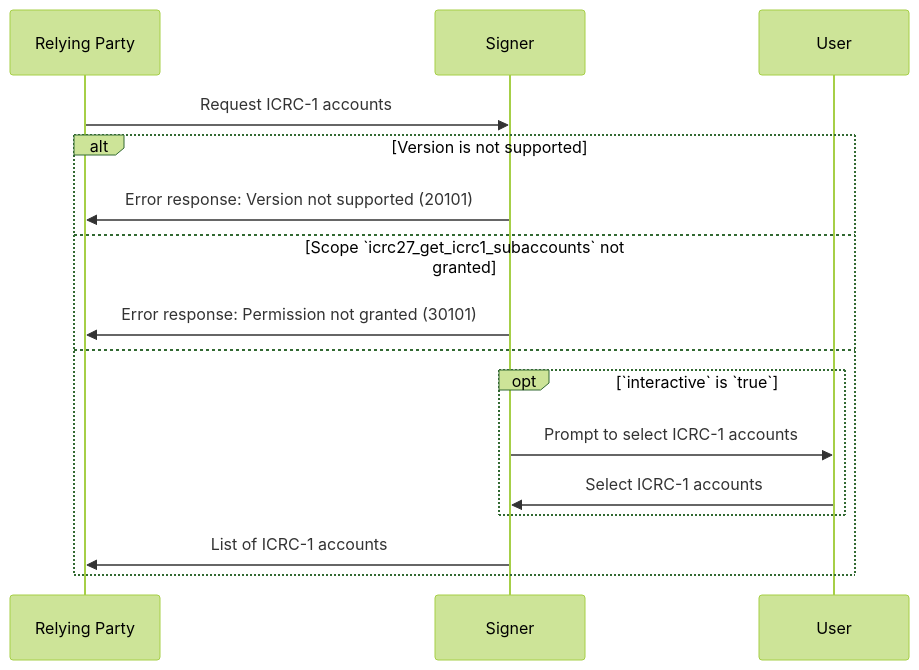
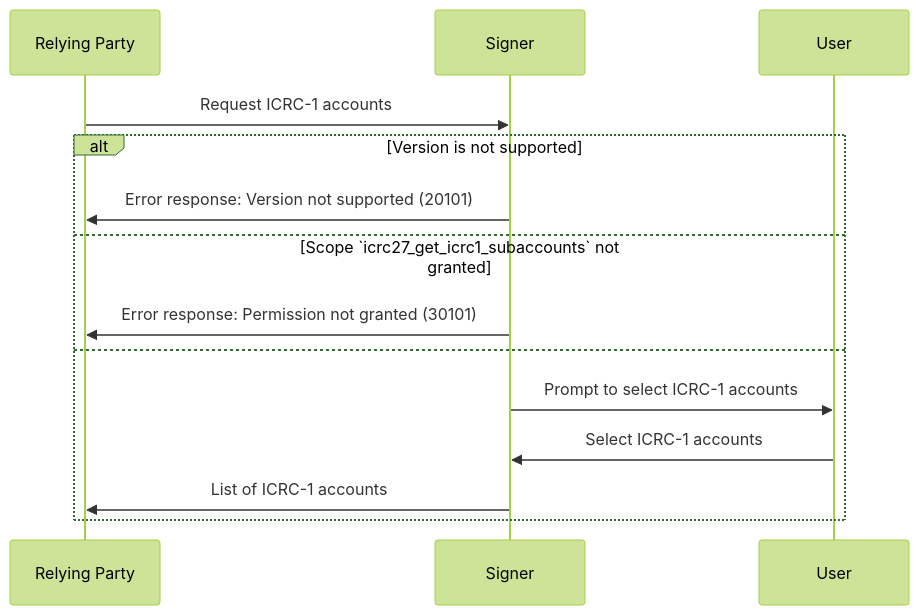
Before and after one commit to dfinity/wg-identity-authentication: the diagram in topics/icrc_27_get_icrc_1_accounts.md, drawn with Mermaid (forest theme). The commit also changed other lines of this file, not shown here.

````diff
--- a/topics/icrc_27_get_icrc_1_accounts.md
+++ b/topics/icrc_27_get_icrc_1_accounts.md
@@ -158,18 +151,16 @@
 ```mermaid
 sequenceDiagram
     participant RP as Relying Party
     participant S as Signer
     participant U as User
     RP ->> S: Request ICRC-1 accounts
     alt Version is not supported
         S ->> RP: Error response: Version not supported (20101)
     else Scope `icrc27_get_icrc1_subaccounts` not granted
         S ->> RP: Error response: Permission not granted (30101)
     else
-        opt `interactive` is `true`
-            S ->> U: Prompt to select ICRC-1 accounts
-            U ->> S: Select ICRC-1 accounts
-        end
+        S ->> U: Prompt to select ICRC-1 accounts
+        U ->> S: Select ICRC-1 accounts
         S ->> RP: List of ICRC-1 accounts
     end
 ```
````
